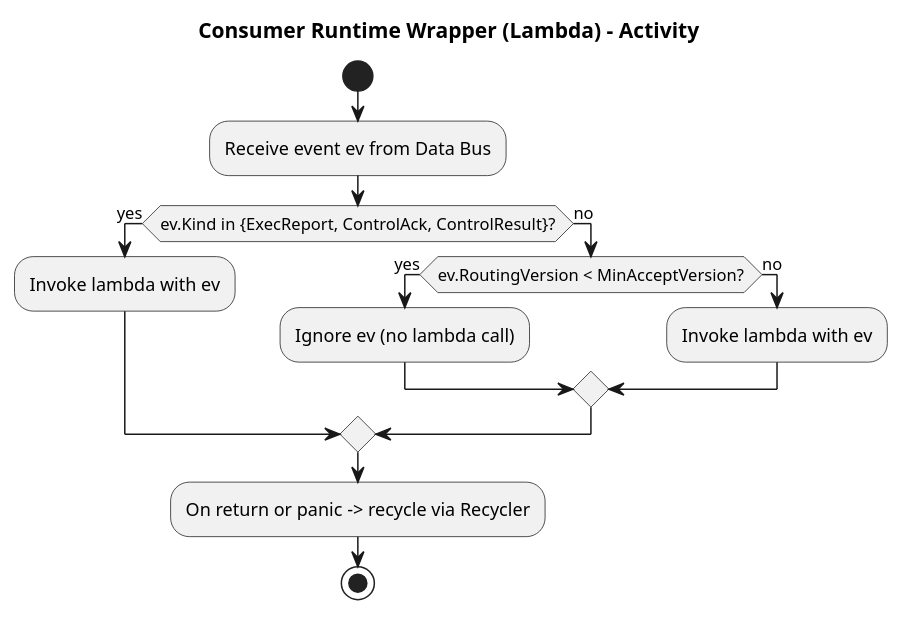
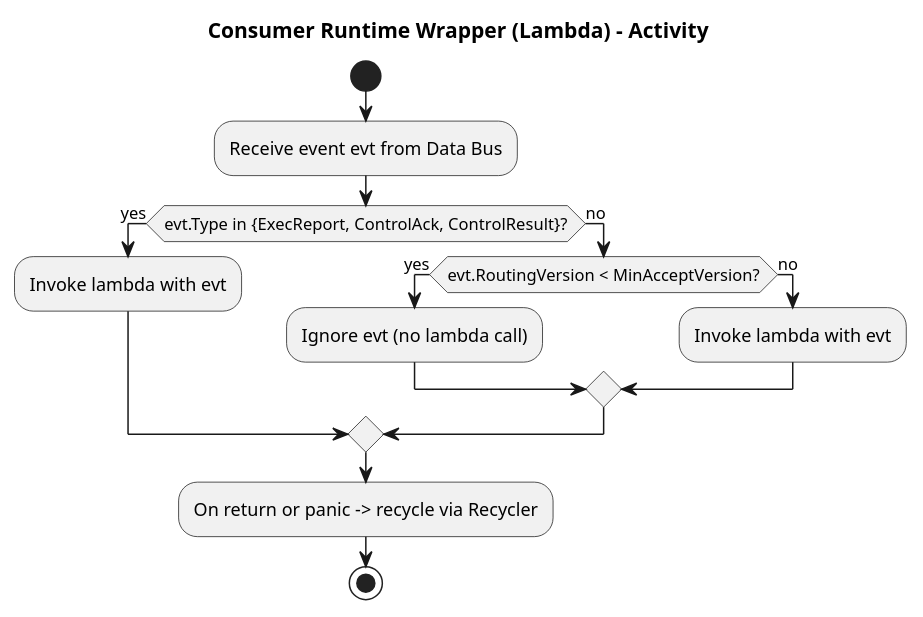
One commit to coachpo/meltica changed the diagram in docs/diagrams/consumer-runtime-wrapper.puml. Above: the diagram before and after it, drawn with PlantUML.

Commit message:
Updated docs/diagrams/consumer-runtime-wrapper.puml to check evt.Type (matching schema.EventType) when deciding whether to invoke the lambda, aligning the diagram with the current consumer implementation.

```diff
--- a/docs/diagrams/consumer-runtime-wrapper.puml
+++ b/docs/diagrams/consumer-runtime-wrapper.puml
@@ -1,17 +1,17 @@
 @startuml
 title Consumer Runtime Wrapper (Lambda) - Activity
 
 start
-:Receive event ev from Data Bus;
-if (ev.Kind in {ExecReport, ControlAck, ControlResult}?) then (yes)
-  :Invoke lambda with ev;
+:Receive event evt from Data Bus;
+if (evt.Type in {ExecReport, ControlAck, ControlResult}?) then (yes)
+  :Invoke lambda with evt;
 else (no)
-  if (ev.RoutingVersion < MinAcceptVersion?) then (yes)
-    :Ignore ev (no lambda call);
+  if (evt.RoutingVersion < MinAcceptVersion?) then (yes)
+    :Ignore evt (no lambda call);
   else (no)
-    :Invoke lambda with ev;
+    :Invoke lambda with evt;
   endif
 endif
 :On return or panic -> recycle via Recycler;
 stop
 @enduml
```
